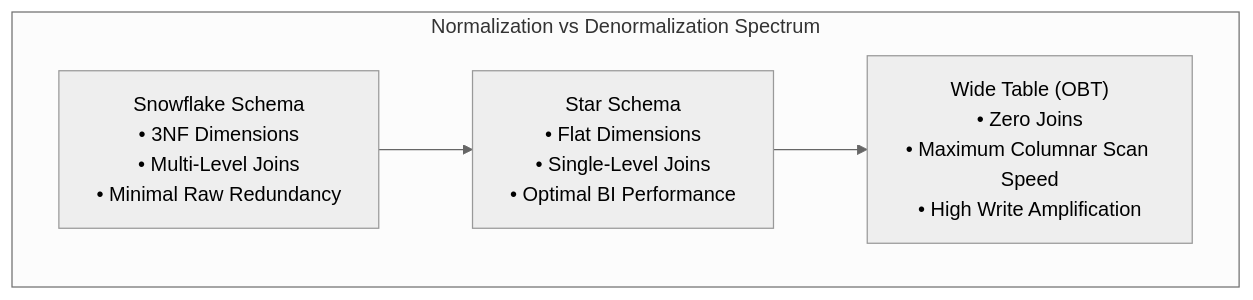
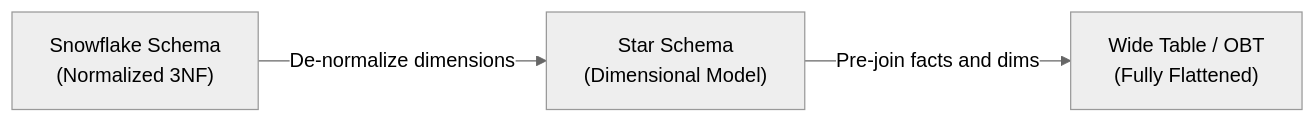
The first of 4 diagrams in content/modeling/schema-architectures.md (VineethChivukula/dedocs), drawn with Mermaid (neutral theme) before and after one commit. The commit also changed other lines of this file and 4 other files, not shown here.

````diff
--- a/content/modeling/schema-architectures.md
+++ b/content/modeling/schema-architectures.md
@@ -18,10 +18,5 @@
 ```mermaid
 flowchart LR
-    subgraph Spectrum["Normalization vs Denormalization Spectrum"]
-        direction LR
-        A["Snowflake Schema<br/>• 3NF Dimensions<br/>• Multi-Level Joins<br/>• Minimal Raw Redundancy"]
-        B["Star Schema<br/>• Flat Dimensions<br/>• Single-Level Joins<br/>• Optimal BI Performance"]
-        C["Wide Table (OBT)<br/>• Zero Joins<br/>• Maximum Columnar Scan Speed<br/>• High Write Amplification"]
-        A --> B --> C
-    end
+    A["Snowflake Schema<br/>(Normalized 3NF)"] -->|De-normalize dimensions| B["Star Schema<br/>(Dimensional Model)"]
+    B -->|Pre-join facts and dims| C["Wide Table / OBT<br/>(Fully Flattened)"]
 ```
````
